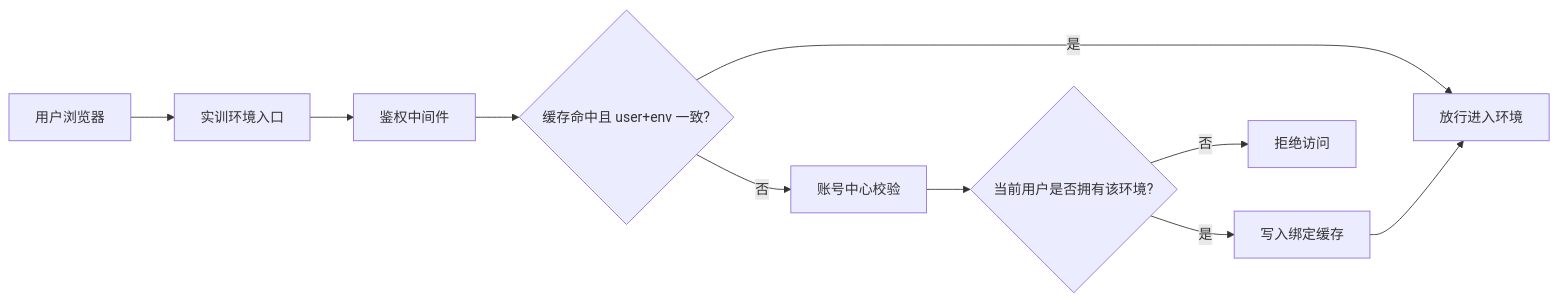
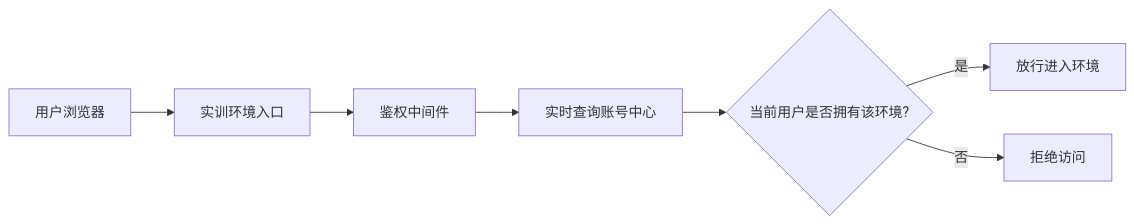
Before and after one commit to GeorgeCao-hw/backlog-test: the first of 3 diagrams in opensourceways/backlog/issue_docs/151/Architecture Desgin/#151 Architecture Design Specification.md, drawn with Mermaid. The commit also changed other lines of this file and 1 other file, not shown here.

````diff
--- a/opensourceways/backlog/issue_docs/151/Architecture Desgin/#151 Architecture Design Specification.md
+++ b/opensourceways/backlog/issue_docs/151/Architecture Desgin/#151 Architecture Design Specification.md
@@ -25,12 +25,9 @@
 ```mermaid
 flowchart LR
     U[用户浏览器] --> G[实训环境入口]
     G --> A[鉴权中间件]
-    A --> C{缓存命中且 user+env 一致?}
-    C -- 是 --> P[放行进入环境]
-    C -- 否 --> S[账号中心校验]
+    A --> S[实时查询账号中心]
     S --> R{当前用户是否拥有该环境?}
-    R -- 是 --> W[写入绑定缓存]
-    W --> P
+    R -- 是 --> P[放行进入环境]
     R -- 否 --> F[拒绝访问]
 ```
````
